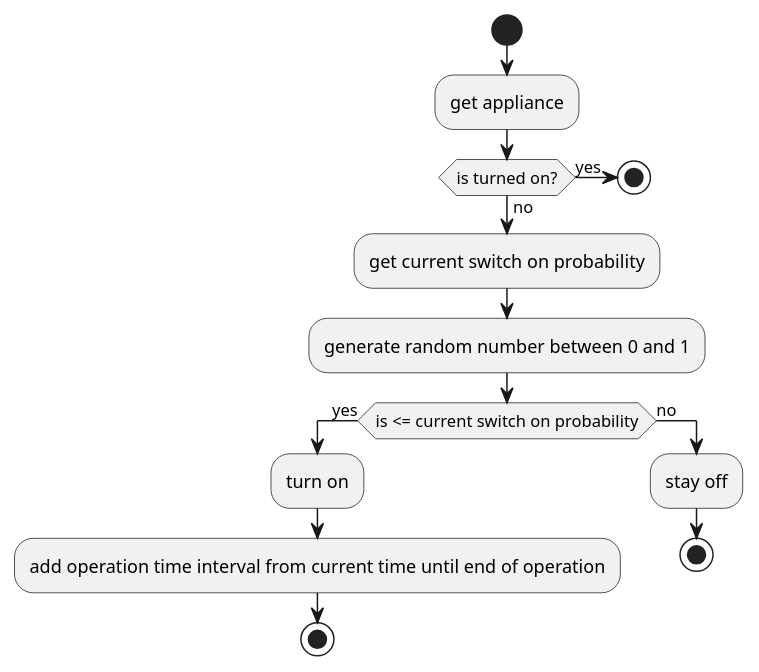
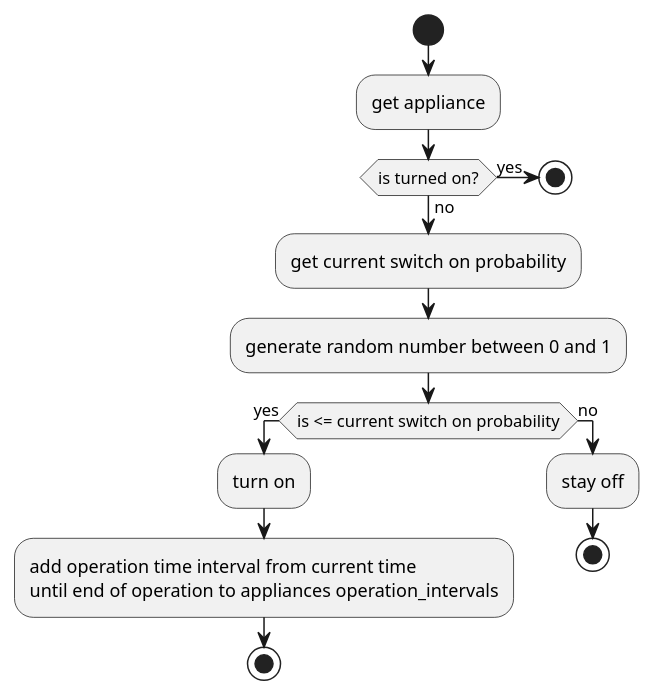
One commit to ie3-institute/MarkovsHousehold changed the diagram in docs/puml/monte_carlo/appliance_state.puml. Above: the diagram before and after it, drawn with PlantUML. The commit also changed 12 other files, not shown here.

```diff
--- a/docs/puml/monte_carlo/appliance_state.puml
+++ b/docs/puml/monte_carlo/appliance_state.puml
@@ -1,18 +1,18 @@
 @startuml
 'https://plantuml.com/activity-diagram-beta
 
 start
 :get appliance;
 if (is turned on?) then (yes)
  stop
 else (no)
 :get current switch on probability;
 :generate random number between 0 and 1;
   if (is <= current switch on probability) then (yes)
   :turn on;
-  :add operation time interval from current time until end of operation;
+  :add operation time interval from current time\nuntil end of operation to appliances operation_intervals;
   stop
   else (no)
   :stay off;
 stop
 @enduml
```
